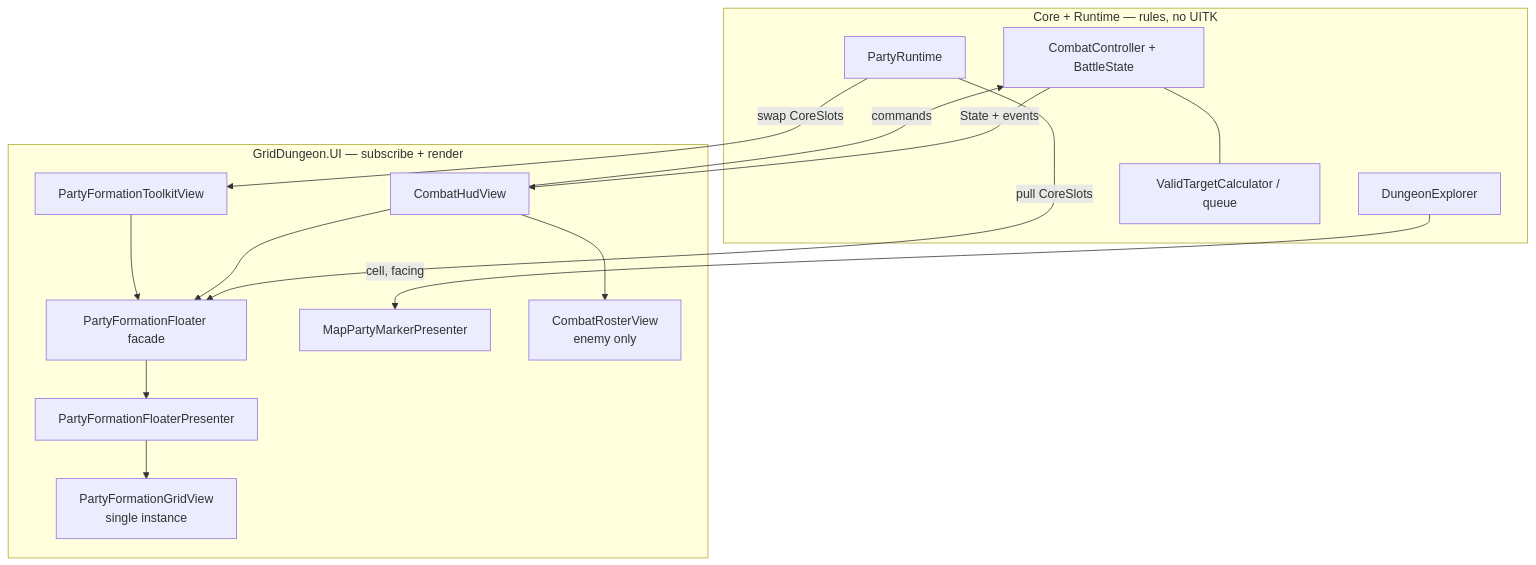
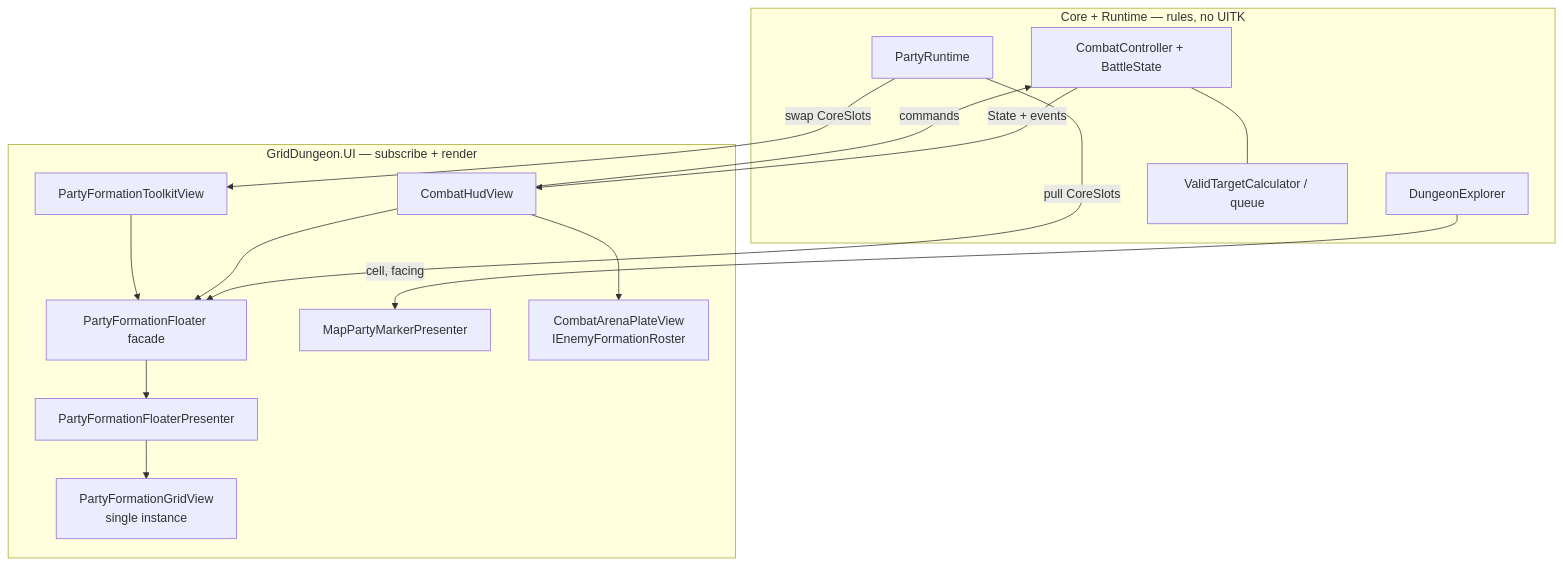
Before and after one commit to miramocha/griddungeon-design-docs: the third of 3 diagrams in docs/04-dev/custom-party-ui.md, drawn with Mermaid. The commit also changed other lines of this file and 11 other files, not shown here.

First line of the commit message:
Document combat arena plates and camera focus (ADR 046).

````diff
--- a/docs/04-dev/custom-party-ui.md
+++ b/docs/04-dev/custom-party-ui.md
@@ -76,31 +76,31 @@
 ```mermaid
 flowchart TB
   subgraph core_runtime [Core + Runtime — rules, no UITK]
     PR[PartyRuntime]
     CC[CombatController + BattleState]
     DE[DungeonExplorer]
     VTC[ValidTargetCalculator / queue]
     CC --- VTC
   end
 
   subgraph ui_layer [GridDungeon.UI — subscribe + render]
     PFP[PartyFormationFloaterPresenter]
     PF[PartyFormationFloater facade]
     CHV[CombatHudView]
     PFV[PartyFormationToolkitView]
     MPM[MapPartyMarkerPresenter]
     PFG["PartyFormationGridView<br/>single instance"]
-    CRV["CombatRosterView<br/>enemy only"]
+    CAP["CombatArenaPlateView<br/>IEnemyFormationRoster"]
   end
 
   PR -->|pull CoreSlots| PF
   PR -->|swap CoreSlots| PFV
   CC -->|State + events| CHV
   DE -->|cell, facing| MPM
   PF --> PFP
   PFP --> PFG
   CHV --> PF
+  CHV --> CAP
   PFV --> PF
-  CHV --> CRV
   CHV -->|commands| CC
 ```
````
